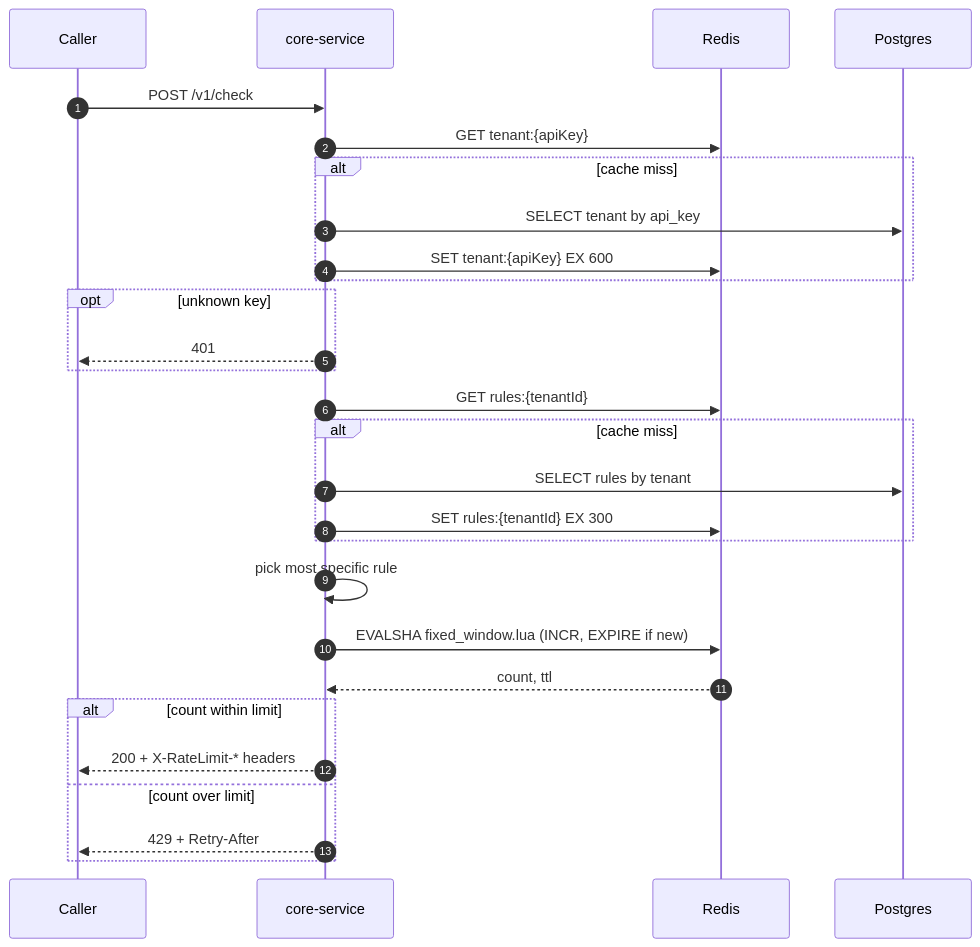
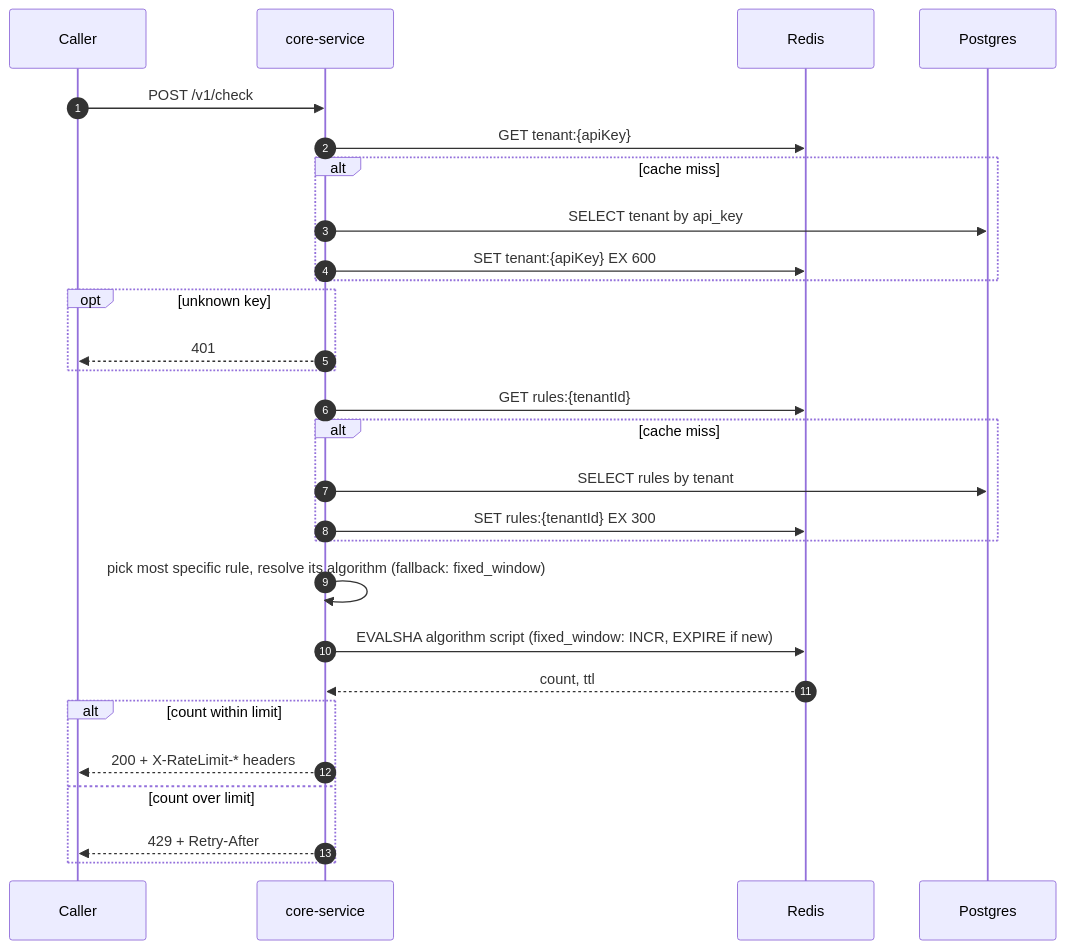
One commit to adityathakur10/rate-limiter-service changed the second of 4 diagrams in PLAN.md. Above: the diagram before and after it, drawn with Mermaid. The commit also changed other lines of this file and 26 other files, not shown here.

Commit message:
admin flow completed

````diff
--- a/PLAN.md
+++ b/PLAN.md
@@ -27,30 +31,30 @@
 ```mermaid
 sequenceDiagram
     autonumber
     participant C as Caller
     participant K as core-service
     participant R as Redis
     participant P as Postgres
     C->>K: POST /v1/check
     K->>R: GET tenant:{apiKey}
     alt cache miss
         K->>P: SELECT tenant by api_key
         K->>R: SET tenant:{apiKey} EX 600
     end
     opt unknown key
         K-->>C: 401
     end
     K->>R: GET rules:{tenantId}
     alt cache miss
         K->>P: SELECT rules by tenant
         K->>R: SET rules:{tenantId} EX 300
     end
-    K->>K: pick most specific rule
-    K->>R: EVALSHA fixed_window.lua (INCR, EXPIRE if new)
+    K->>K: pick most specific rule, resolve its algorithm (fallback: fixed_window)
+    K->>R: EVALSHA algorithm script (fixed_window: INCR, EXPIRE if new)
     R-->>K: count, ttl
     alt count within limit
         K-->>C: 200 + X-RateLimit-* headers
     else count over limit
         K-->>C: 429 + Retry-After
     end
 ```
````
